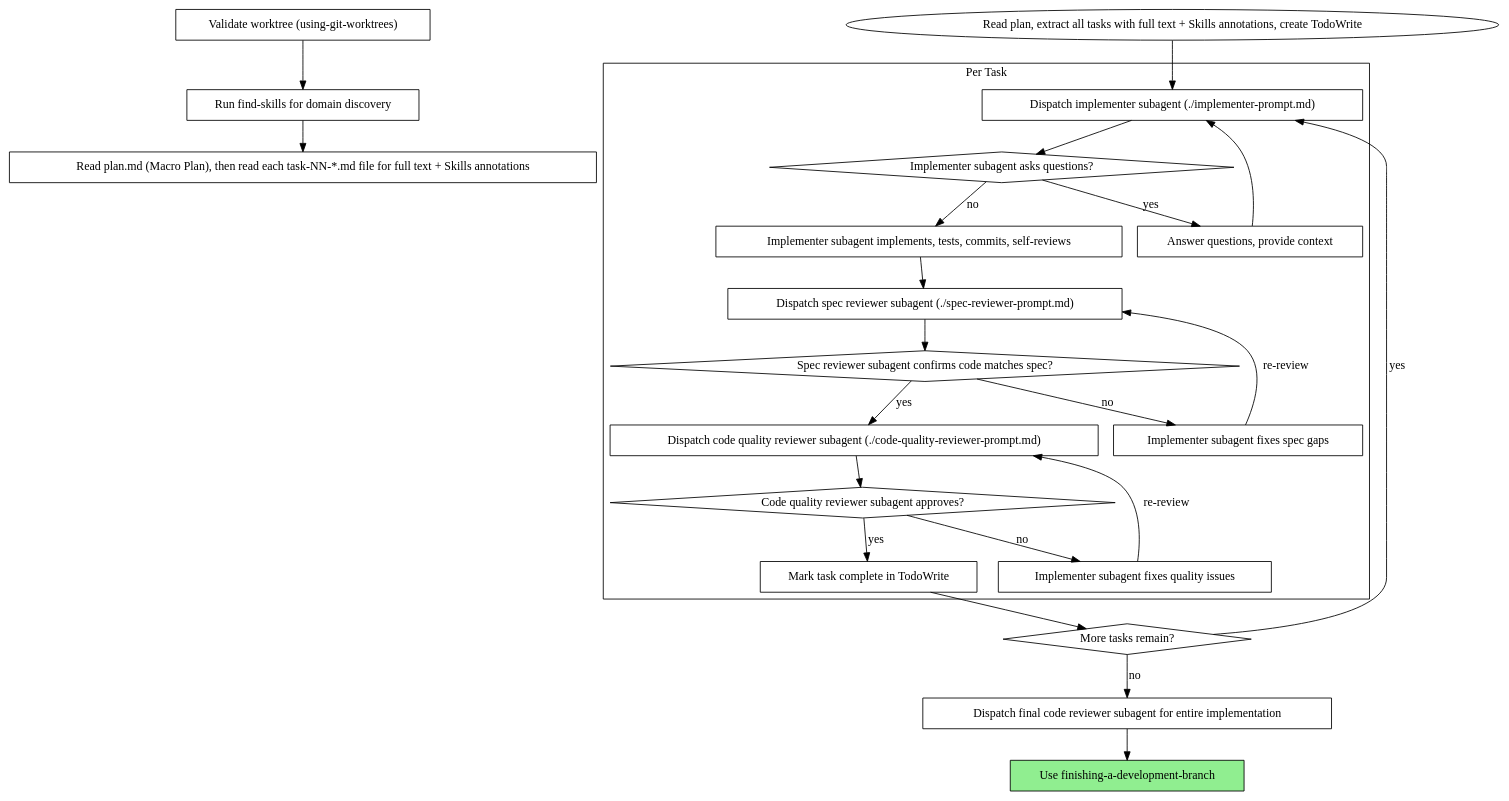
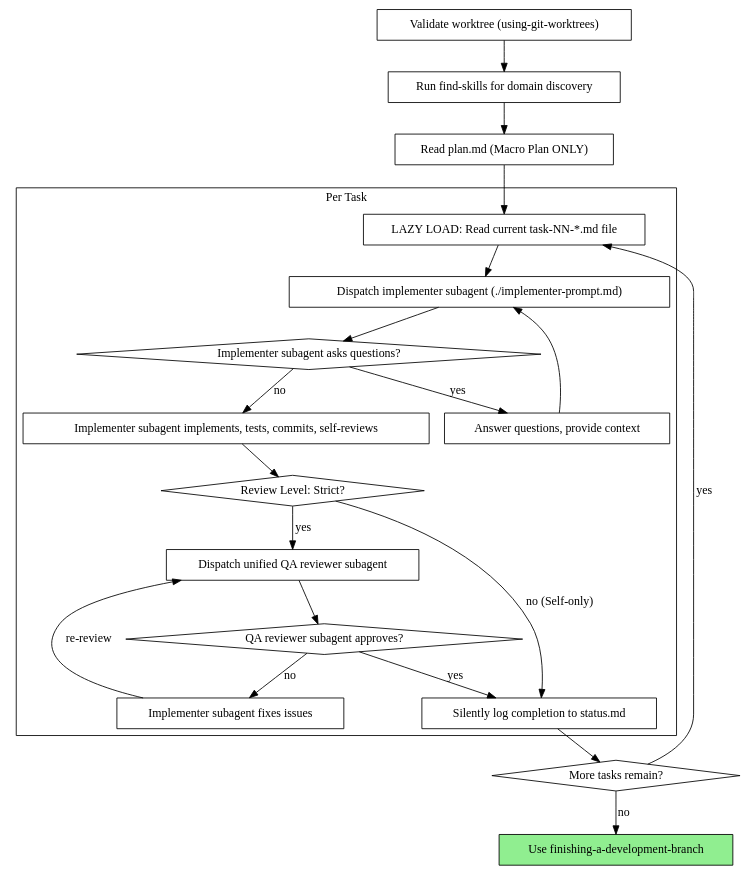
Before and after one commit to ivomiyashiro/ivos-skills: the second of 2 diagrams in skills/subagent-driven-development/SKILL.md, drawn with Graphviz. The commit also changed other lines of this file and 10 other files, not shown here.

````diff
--- a/skills/subagent-driven-development/SKILL.md
+++ b/skills/subagent-driven-development/SKILL.md
@@ -49,49 +49,45 @@
 ```dot
 digraph process {
     rankdir=TB;
 
     "Validate worktree (using-git-worktrees)" [shape=box];
     "Run find-skills for domain discovery" [shape=box];
-    "Read plan.md (Macro Plan), then read each task-NN-*.md file for full text + Skills annotations" [shape=box];
+    "Read plan.md (Macro Plan ONLY)" [shape=box];
 
     subgraph cluster_per_task {
         label="Per Task";
+        "LAZY LOAD: Read current task-NN-*.md file" [shape=box];
         "Dispatch implementer subagent (./implementer-prompt.md)" [shape=box];
         "Implementer subagent asks questions?" [shape=diamond];
         "Answer questions, provide context" [shape=box];
         "Implementer subagent implements, tests, commits, self-reviews" [shape=box];
-        "Dispatch spec reviewer subagent (./spec-reviewer-prompt.md)" [shape=box];
-        "Spec reviewer subagent confirms code matches spec?" [shape=diamond];
-        "Implementer subagent fixes spec gaps" [shape=box];
-        "Dispatch code quality reviewer subagent (./code-quality-reviewer-prompt.md)" [shape=box];
-        "Code quality reviewer subagent approves?" [shape=diamond];
-        "Implementer subagent fixes quality issues" [shape=box];
-        "Mark task complete in TodoWrite" [shape=box];
+        "Review Level: Strict?" [shape=diamond];
+        "Dispatch unified QA reviewer subagent" [shape=box];
+        "QA reviewer subagent approves?" [shape=diamond];
+        "Implementer subagent fixes issues" [shape=box];
+        "Silently log completion to status.md" [shape=box];
     }
 
     "More tasks remain?" [shape=diamond];
-    "Dispatch final code reviewer subagent for entire implementation" [shape=box];
     "Use finishing-a-development-branch" [shape=box style=filled fillcolor=lightgreen];
 
     "Validate worktree (using-git-worktrees)" -> "Run find-skills for domain discovery";
-    "Run find-skills for domain discovery" -> "Read plan.md (Macro Plan), then read each task-NN-*.md file for full text + Skills annotations";
-    "Read plan, extract all tasks with full text + Skills annotations, create TodoWrite" -> "Dispatch implementer subagent (./implementer-prompt.md)";
+    "Run find-skills for domain discovery" -> "Read plan.md (Macro Plan ONLY)";
+    "Read plan.md (Macro Plan ONLY)" -> "LAZY LOAD: Read current task-NN-*.md file";
+    "LAZY LOAD: Read current task-NN-*.md file" -> "Dispatch implementer subagent (./implementer-prompt.md)";
     "Dispatch implementer subagent (./implementer-prompt.md)" -> "Implementer subagent asks questions?";
     "Implementer subagent asks questions?" -> "Answer questions, provide context" [label="yes"];
     "Answer questions, provide context" -> "Dispatch implementer subagent (./implementer-prompt.md)";
     "Implementer subagent asks questions?" -> "Implementer subagent implements, tests, commits, self-reviews" [label="no"];
-    "Implementer subagent implements, tests, commits, self-reviews" -> "Dispatch spec reviewer subagent (./spec-reviewer-prompt.md)";
-    "Dispatch spec reviewer subagent (./spec-reviewer-prompt.md)" -> "Spec reviewer subagent confirms code matches spec?";
-    "Spec reviewer subagent confirms code matches spec?" -> "Implementer subagent fixes spec gaps" [label="no"];
-    "Implementer subagent fixes spec gaps" -> "Dispatch spec reviewer subagent (./spec-reviewer-prompt.md)" [label="re-review"];
-    "Spec reviewer subagent confirms code matches spec?" -> "Dispatch code quality reviewer subagent (./code-quality-reviewer-prompt.md)" [label="yes"];
-    "Dispatch code quality reviewer subagent (./code-quality-reviewer-prompt.md)" -> "Code quality reviewer subagent approves?";
-    "Code quality reviewer subagent approves?" -> "Implementer subagent fixes quality issues" [label="no"];
-    "Implementer subagent fixes quality issues" -> "Dispatch code quality reviewer subagent (./code-quality-reviewer-prompt.md)" [label="re-review"];
-    "Code quality reviewer subagent approves?" -> "Mark task complete in TodoWrite" [label="yes"];
-    "Mark task complete in TodoWrite" -> "More tasks remain?";
-    "More tasks remain?" -> "Dispatch implementer subagent (./implementer-prompt.md)" [label="yes"];
-    "More tasks remain?" -> "Dispatch final code reviewer subagent for entire implementation" [label="no"];
-    "Dispatch final code reviewer subagent for entire implementation" -> "Use finishing-a-development-branch";
+    "Implementer subagent implements, tests, commits, self-reviews" -> "Review Level: Strict?";
+    "Review Level: Strict?" -> "Silently log completion to status.md" [label="no (Self-only)"];
+    "Review Level: Strict?" -> "Dispatch unified QA reviewer subagent" [label="yes"];
+    "Dispatch unified QA reviewer subagent" -> "QA reviewer subagent approves?";
+    "QA reviewer subagent approves?" -> "Implementer subagent fixes issues" [label="no"];
+    "Implementer subagent fixes issues" -> "Dispatch unified QA reviewer subagent" [label="re-review"];
+    "QA reviewer subagent approves?" -> "Silently log completion to status.md" [label="yes"];
+    "Silently log completion to status.md" -> "More tasks remain?";
+    "More tasks remain?" -> "LAZY LOAD: Read current task-NN-*.md file" [label="yes"];
+    "More tasks remain?" -> "Use finishing-a-development-branch" [label="no"];
 }
 ```
````
